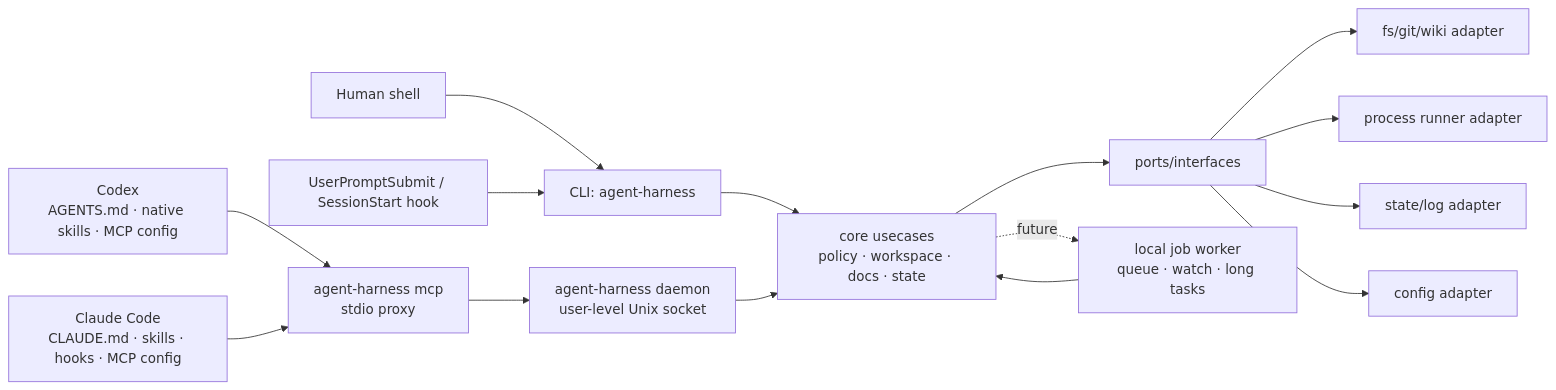
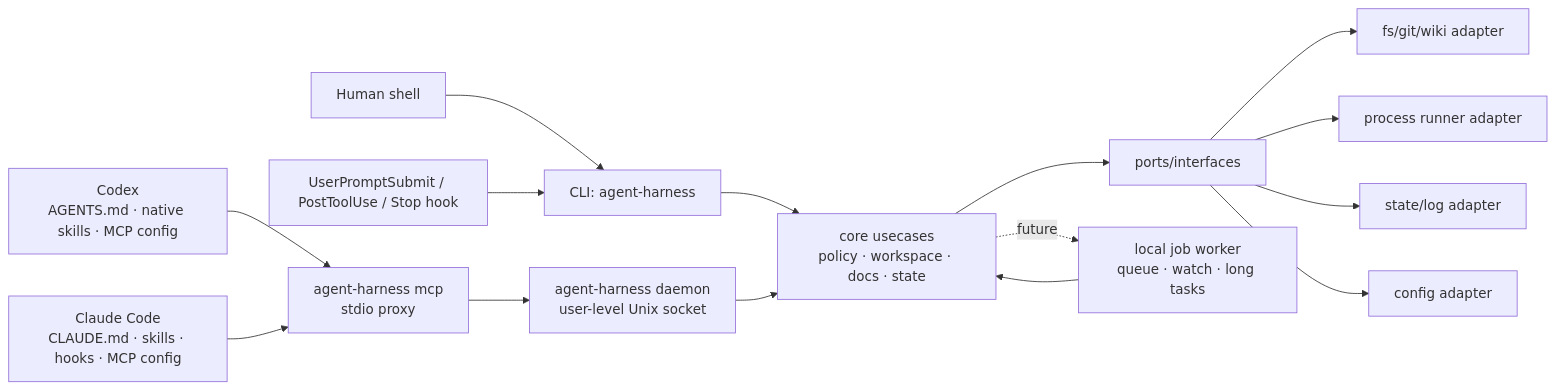
Before and after one commit to m16khb-org/agent-harness: the diagram in .agent-harness/ARCHITECTURE.md, drawn with Mermaid. The commit also changed other lines of this file and 23 other files, not shown here.

````diff
--- a/.agent-harness/ARCHITECTURE.md
+++ b/.agent-harness/ARCHITECTURE.md
@@ -21,19 +21,19 @@
 ```mermaid
 flowchart LR
     Codex["Codex<br/>AGENTS.md · native skills · MCP config"] --> MCPProxy["agent-harness mcp<br/>stdio proxy"]
     Claude["Claude Code<br/>CLAUDE.md · skills · hooks · MCP config"] --> MCPProxy
     Human["Human shell"] --> CLI["CLI: agent-harness"]
-    Hook["UserPromptSubmit / SessionStart hook"] --> CLI
+    Hook["UserPromptSubmit / PostToolUse / Stop hook"] --> CLI
 
     MCPProxy --> Daemon["agent-harness daemon<br/>user-level Unix socket"]
     CLI --> Core["core usecases<br/>policy · workspace · docs · state"]
     Daemon --> Core
     Core --> Ports["ports/interfaces"]
     Ports --> FS["fs/git/wiki adapter"]
     Ports --> Proc["process runner adapter"]
     Ports --> State["state/log adapter"]
     Ports --> Config["config adapter"]
 
     Core -. future .-> Worker["local job worker<br/>queue · watch · long tasks"]
     Worker --> Core
 ```
````
